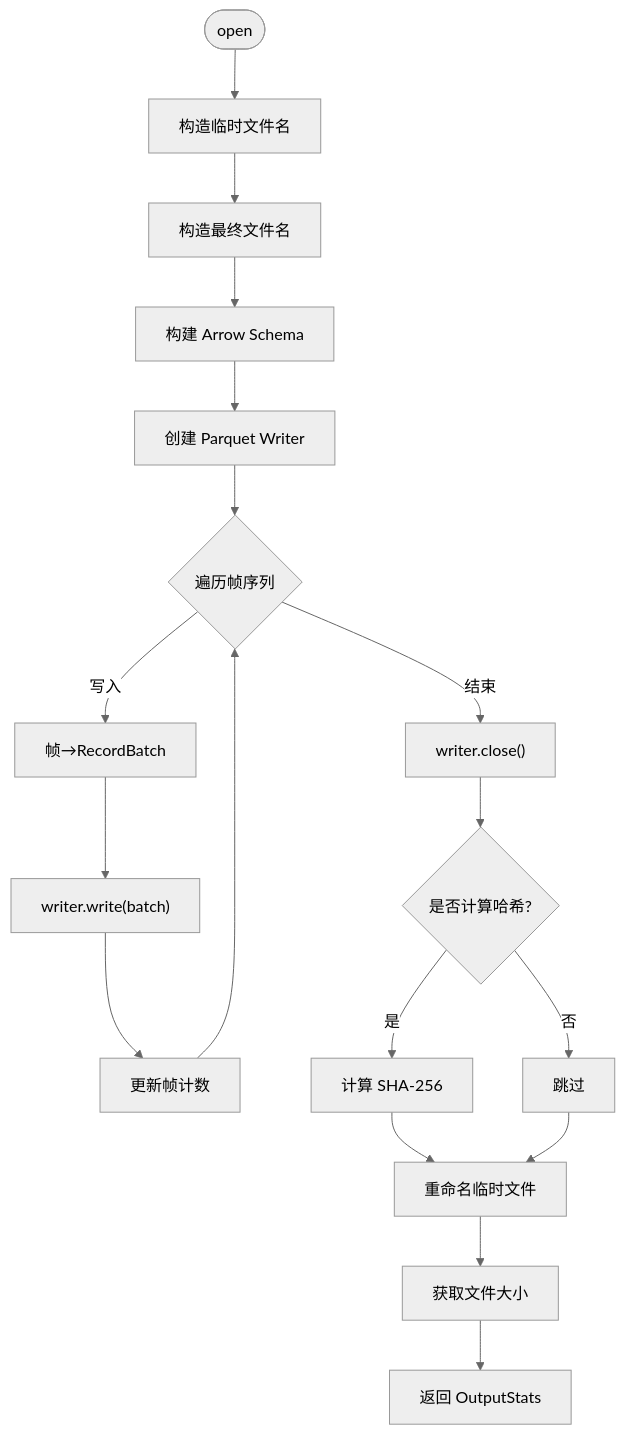
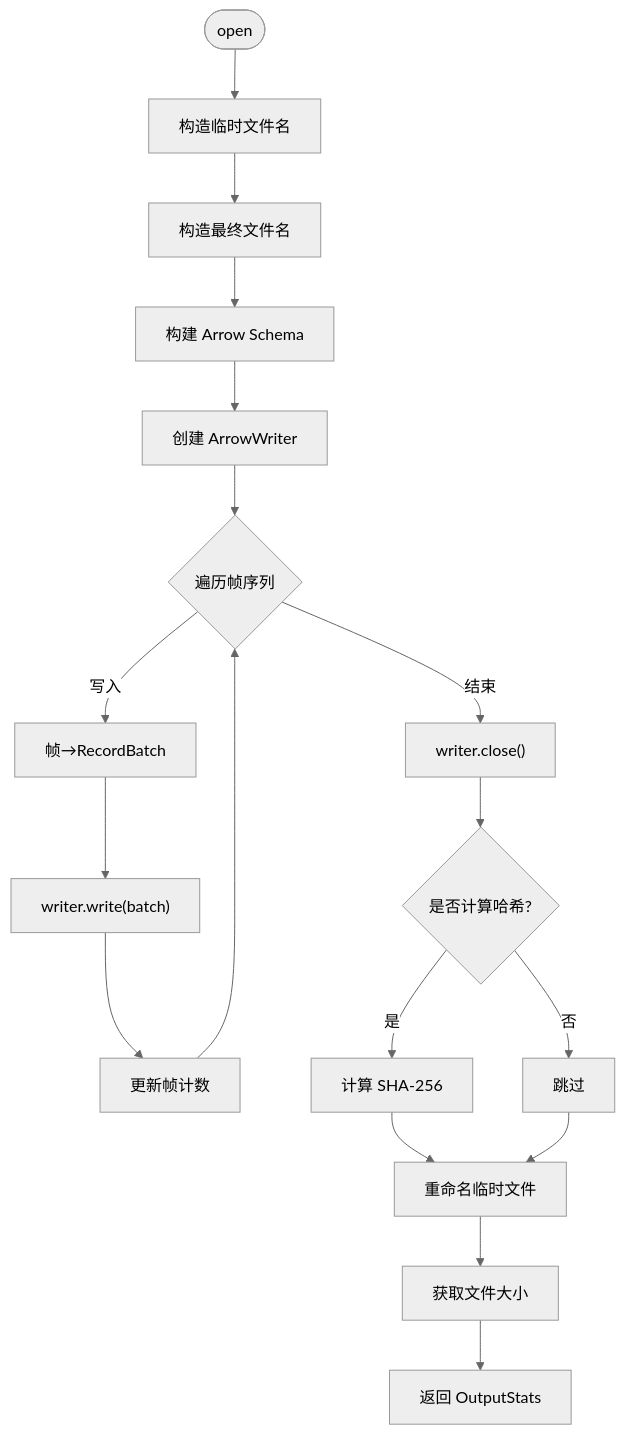
The fourth of 7 diagrams in .qoder/repowiki/zh/content/输出适配层/输出适配层.md (shiyukonghui/StructGen-rs), drawn with Mermaid (neutral theme) before and after one commit. The commit also changed other lines of this file and 8 other files, not shown here.

````diff
--- a/.qoder/repowiki/zh/content/输出适配层/输出适配层.md
+++ b/.qoder/repowiki/zh/content/输出适配层/输出适配层.md
@@ -178,20 +242,20 @@
 ```mermaid
 flowchart TD
 Start(["open"]) --> BuildTemp["构造临时文件名"]
 BuildTemp --> BuildFinal["构造最终文件名"]
 BuildFinal --> BuildSchema["构建 Arrow Schema"]
-BuildSchema --> CreateWriter["创建 Parquet Writer"]
+BuildSchema --> CreateWriter["创建 ArrowWriter"]
 CreateWriter --> WriteLoop{"遍历帧序列"}
 WriteLoop --> |写入| Convert["帧→RecordBatch"]
 Convert --> WriterWrite["writer.write(batch)"]
 WriterWrite --> IncCount["更新帧计数"]
 IncCount --> WriteLoop
 WriteLoop --> |结束| CloseStep["writer.close()"]
 CloseStep --> HashCheck{"是否计算哈希?"}
 HashCheck --> |是| ComputeHash["计算 SHA-256"]
 HashCheck --> |否| SkipHash["跳过"]
 ComputeHash --> Rename["重命名临时文件"]
 SkipHash --> Rename
 Rename --> GetSize["获取文件大小"]
 GetSize --> ReturnStats["返回 OutputStats"]
 ```
````
